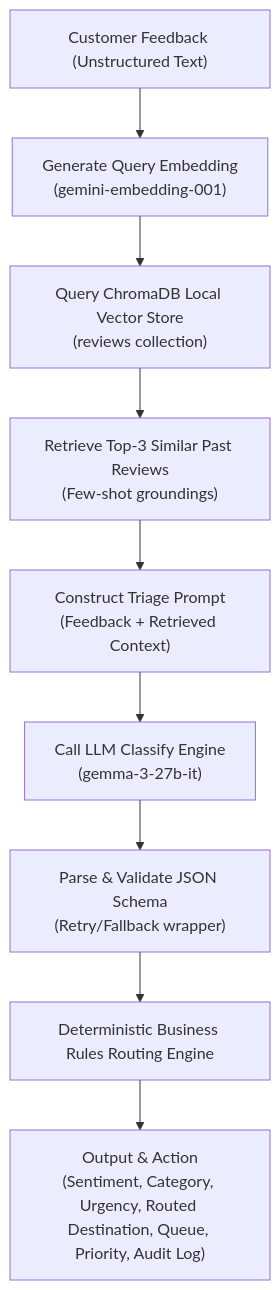
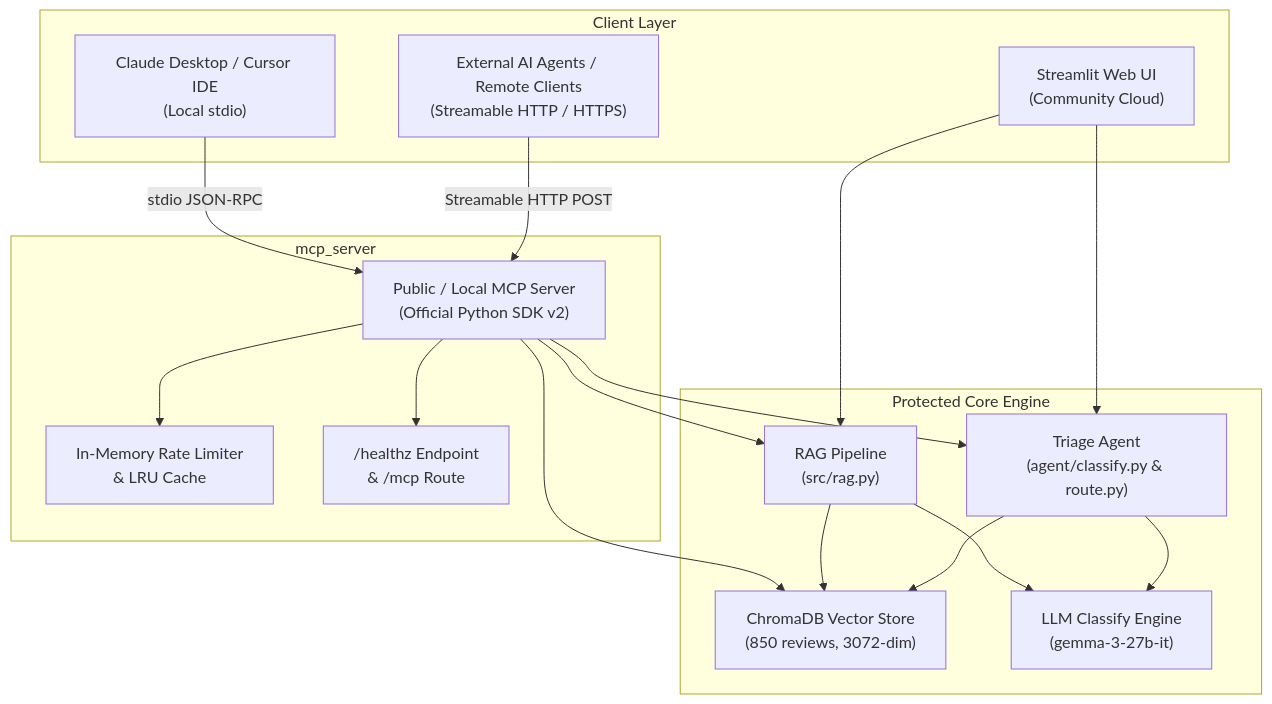
The diagram in README.md (Eternity2401/feedback-rag), drawn with Mermaid before and after one commit. The commit also changed other lines of this file and 10 other files, not shown here.

Commit message:
feat(mcp): add Model Context Protocol (v2) server with dual stdio/HTTP transport and Streamlit integration

````diff
--- a/README.md
+++ b/README.md
@@ -22,11 +25,35 @@
 ```mermaid
 graph TD
-    A["Customer Feedback (Unstructured Text)"] --> B["Generate Query Embedding<br>(gemini-embedding-001)"]
-    B --> C["Query ChromaDB Local Vector Store<br>(reviews collection)"]
-    C --> D["Retrieve Top-3 Similar Past Reviews<br>(Few-shot groundings)"]
-    D --> E["Construct Triage Prompt<br>(Feedback + Retrieved Context)"]
-    E --> F["Call LLM Classify Engine<br>(gemma-3-27b-it)"]
-    F --> G["Parse & Validate JSON Schema<br>(Retry/Fallback wrapper)"]
-    G --> H["Deterministic Business Rules Routing Engine"]
-    H --> I["Output & Action<br>(Sentiment, Category, Urgency, Routed Destination, Queue, Priority, Audit Log)"]
+    subgraph Client Layer
+        A1["Streamlit Web UI<br>(Community Cloud)"]
+        A2["Claude Desktop / Cursor IDE<br>(Local stdio)"]
+        A3["External AI Agents / Remote Clients<br>(Streamable HTTP / HTTPS)"]
+    end
+
+    subgraph MCP Protocol Layer [mcp_server]
+        B["Public / Local MCP Server<br>(Official Python SDK v2)"]
+        B1["In-Memory Rate Limiter<br>& LRU Cache"]
+        B2["/healthz Endpoint<br>& /mcp Route"]
+        B --> B1
+        B --> B2
+    end
+
+    subgraph Protected Core Engine
+        C1["RAG Pipeline<br>(src/rag.py)"]
+        C2["ChromaDB Vector Store<br>(850 reviews, 3072-dim)"]
+        C3["Triage Agent<br>(agent/classify.py & route.py)"]
+        C4["LLM Classify Engine<br>(gemma-3-27b-it)"]
+    end
+
+    A1 --> C1
+    A1 --> C3
+    A2 -->|stdio JSON-RPC| B
+    A3 -->|Streamable HTTP POST| B
+    B --> C1
+    B --> C2
+    B --> C3
+    C1 --> C2
+    C1 --> C4
+    C3 --> C2
+    C3 --> C4
 ```
````
